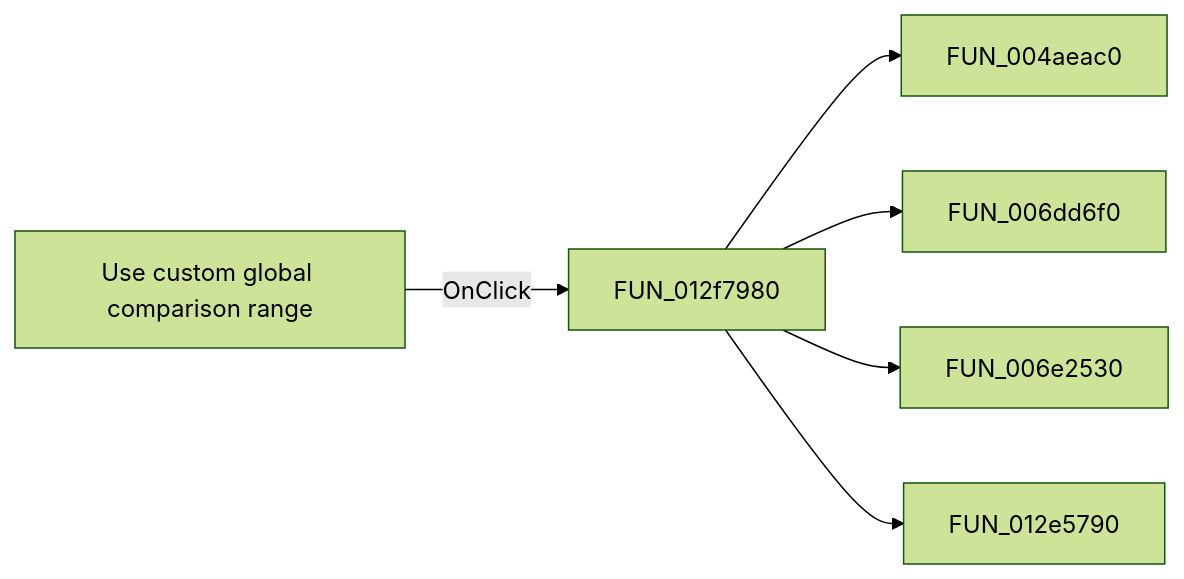
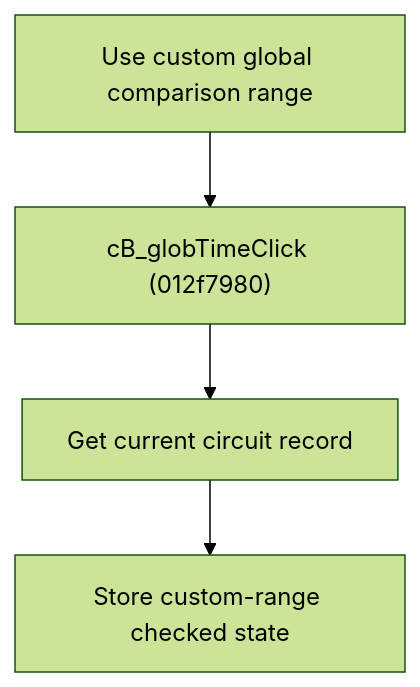
The diagram in docs/ui-controls/frmmodeltestbencheditor/cb-globtime-230ce727c7.md (MovGP0/TIARA), drawn with Mermaid (forest theme) before and after one commit. The commit also changed other lines of this file and 387 other files, not shown here.

````diff
--- a/docs/ui-controls/frmmodeltestbencheditor/cb-globtime-230ce727c7.md
+++ b/docs/ui-controls/frmmodeltestbencheditor/cb-globtime-230ce727c7.md
@@ -27,8 +29,6 @@
 ```mermaid
-flowchart LR
-    control["Use custom global comparison range"] -->|OnClick| handler["FUN_012f7980"]
-    handler --> call1["FUN_004aeac0"]
-    handler --> call2["FUN_006dd6f0"]
-    handler --> call3["FUN_006e2530"]
-    handler --> call4["FUN_012e5790"]
+flowchart TD
+    control["Use custom global comparison range"] --> handler["cB_globTimeClick (012f7980)"]
+    handler --> record["Get current circuit record"]
+    record --> state["Store custom-range checked state"]
 ```
````
